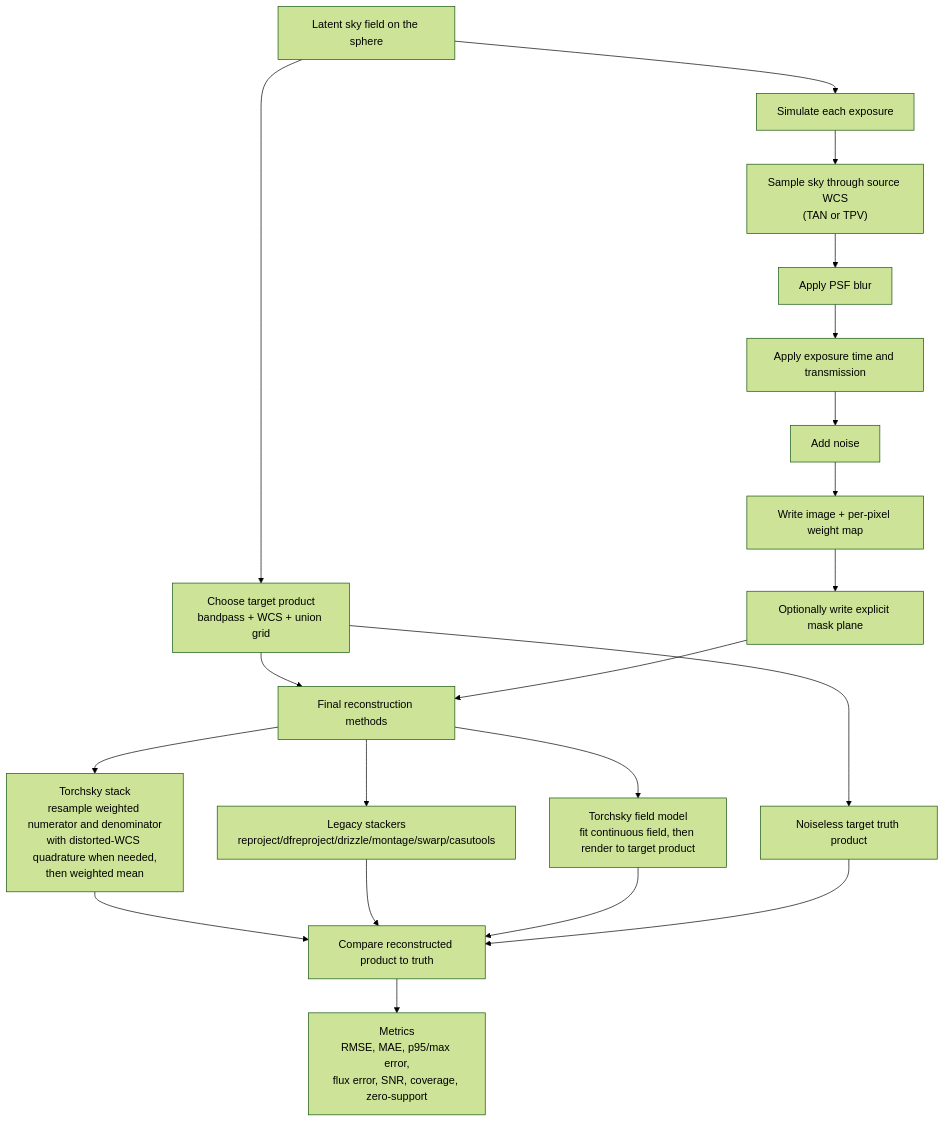
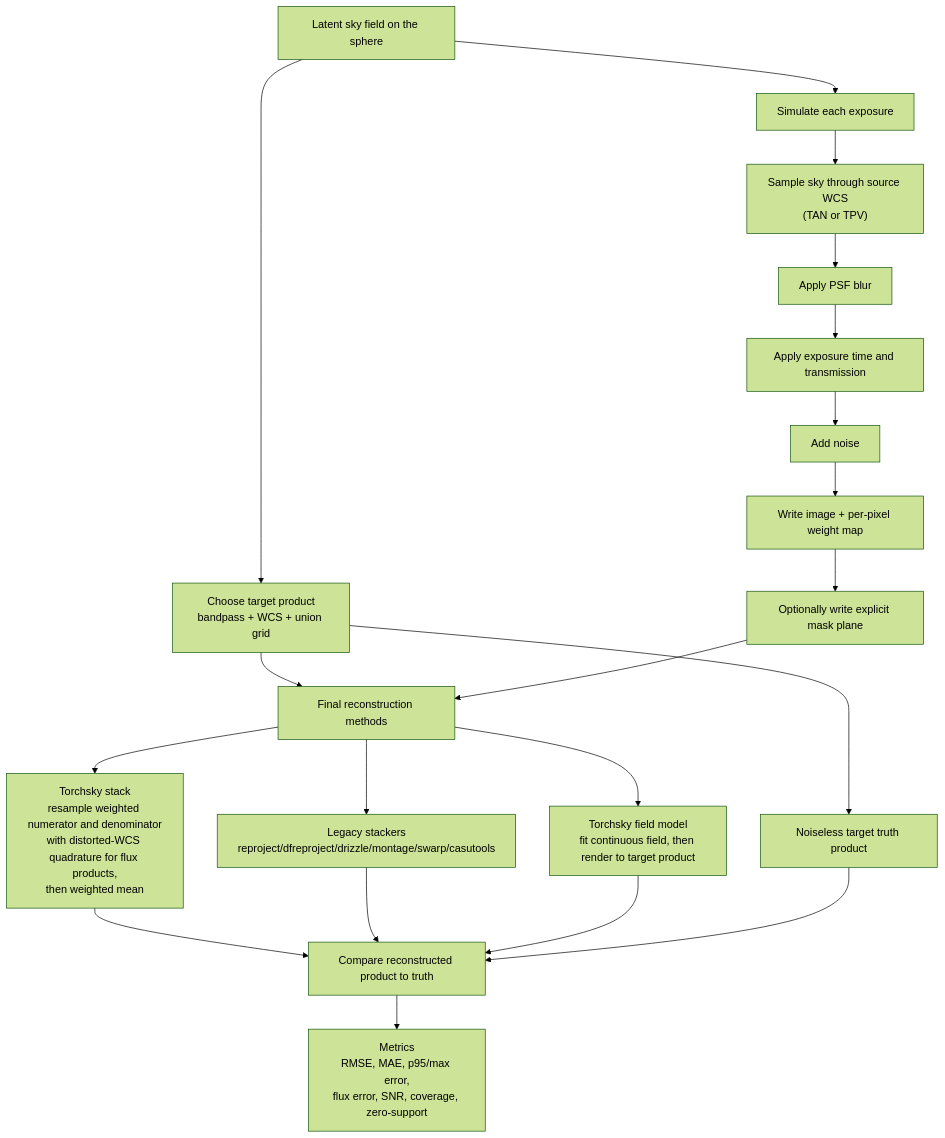
Before and after one commit to astroai/torchsky: the diagram in docs/map_truth_pipeline.md, drawn with Mermaid (forest theme). The commit also changed other lines of this file and 4 other files, not shown here.

````diff
--- a/docs/map_truth_pipeline.md
+++ b/docs/map_truth_pipeline.md
@@ -3,22 +3,22 @@
 ```mermaid
 flowchart TD
     A["Latent sky field on the sphere"] --> B["Choose target product\nbandpass + WCS + union grid"]
     A --> C["Simulate each exposure"]
     C --> C1["Sample sky through source WCS\n(TAN or TPV)"]
     C1 --> C2["Apply PSF blur"]
     C2 --> C3["Apply exposure time and transmission"]
     C3 --> C4["Add noise"]
     C4 --> C5["Write image + per-pixel weight map"]
     C5 --> C6["Optionally write explicit mask plane"]
     B --> D["Final reconstruction methods"]
     C6 --> D
-    D --> D1["Torchsky stack\nresample weighted numerator and denominator\nwith distorted-WCS quadrature when needed,\nthen weighted mean"]
+    D --> D1["Torchsky stack\nresample weighted numerator and denominator\nwith distorted-WCS quadrature for flux products,\nthen weighted mean"]
     D --> D2["Legacy stackers\nreproject/dfreproject/drizzle/montage/swarp/casutools"]
     D --> D3["Torchsky field model\nfit continuous field, then render to target product"]
     B --> E["Noiseless target truth product"]
     D1 --> F["Compare reconstructed product to truth"]
     D2 --> F
     D3 --> F
     E --> F
     F --> G["Metrics\nRMSE, MAE, p95/max error,\nflux error, SNR, coverage, zero-support"]
 ```
````
